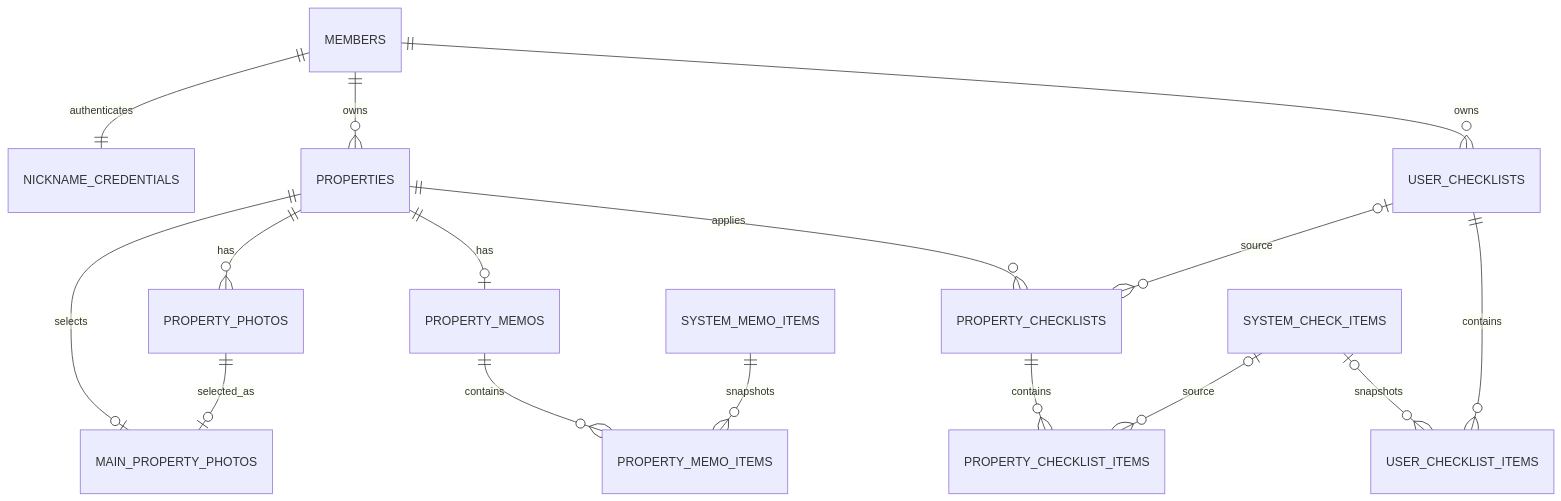
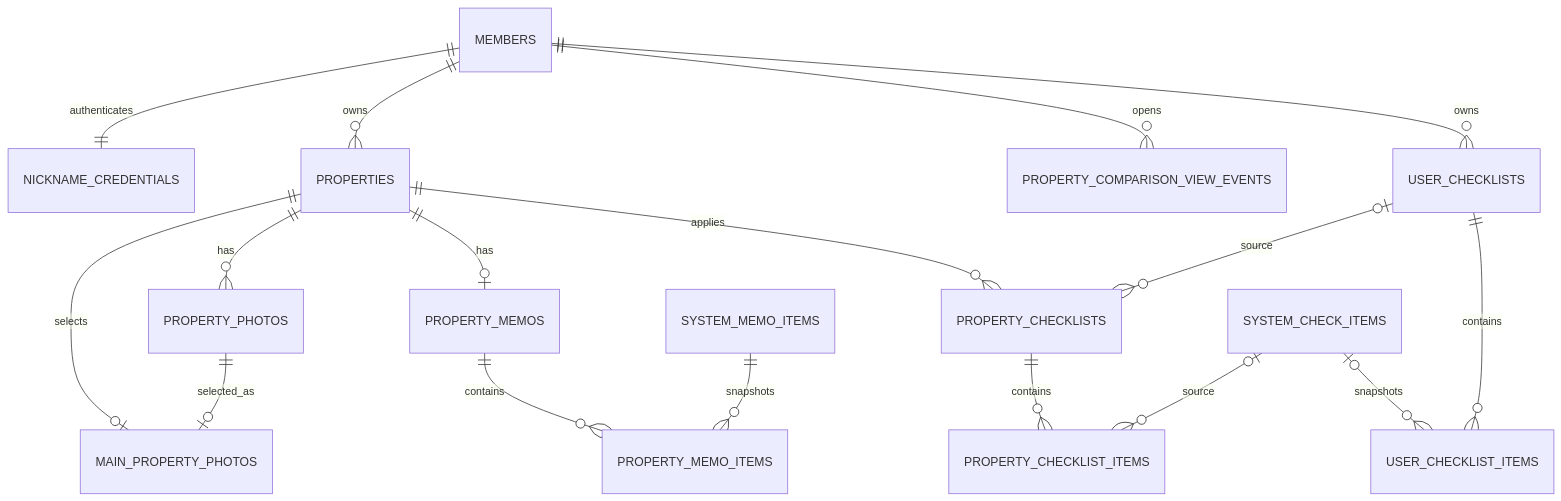
One commit to woowacourse-teams/2026-jachwi-sunbae changed the diagram in backend/docs/architecture/mvp2-data-model.md. Above: the diagram before and after it, drawn with Mermaid. The commit also changed other lines of this file and 17 other files, not shown here.

````diff
--- a/backend/docs/architecture/mvp2-data-model.md
+++ b/backend/docs/architecture/mvp2-data-model.md
@@ -16,18 +16,19 @@
 ```mermaid
 erDiagram
     MEMBERS ||--|| NICKNAME_CREDENTIALS : authenticates
     MEMBERS ||--o{ PROPERTIES : owns
+    MEMBERS ||--o{ PROPERTY_COMPARISON_VIEW_EVENTS : opens
     MEMBERS ||--o{ USER_CHECKLISTS : owns
     PROPERTIES ||--o{ PROPERTY_PHOTOS : has
     PROPERTIES ||--o| MAIN_PROPERTY_PHOTOS : selects
     PROPERTY_PHOTOS ||--o| MAIN_PROPERTY_PHOTOS : selected_as
     PROPERTIES ||--o| PROPERTY_MEMOS : has
     PROPERTY_MEMOS ||--o{ PROPERTY_MEMO_ITEMS : contains
     SYSTEM_MEMO_ITEMS ||--o{ PROPERTY_MEMO_ITEMS : snapshots
     SYSTEM_CHECK_ITEMS o|--o{ USER_CHECKLIST_ITEMS : snapshots
     USER_CHECKLISTS ||--o{ USER_CHECKLIST_ITEMS : contains
     PROPERTIES ||--o{ PROPERTY_CHECKLISTS : applies
     USER_CHECKLISTS o|--o{ PROPERTY_CHECKLISTS : source
     PROPERTY_CHECKLISTS ||--o{ PROPERTY_CHECKLIST_ITEMS : contains
     SYSTEM_CHECK_ITEMS o|--o{ PROPERTY_CHECKLIST_ITEMS : source
 ```
````
